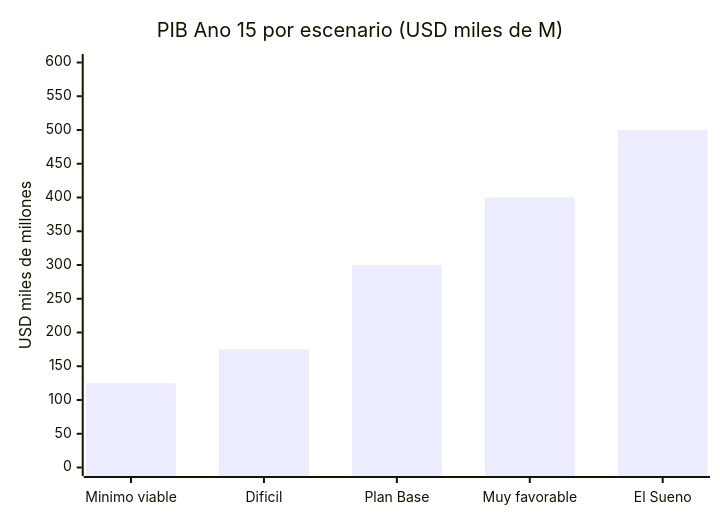
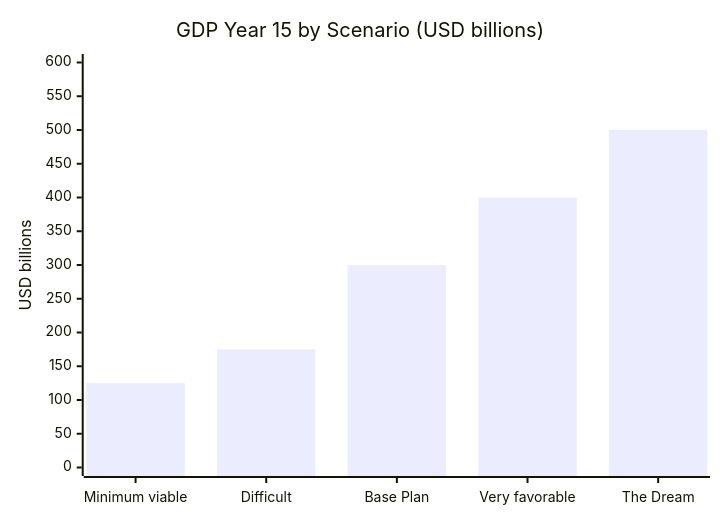
One commit to Venezuela-S-A/venezuela-sa changed the first of 10 diagrams in i18n/en/docusaurus-plugin-content-docs/current/07-ejecucion/el-sueno.md. Above: the diagram before and after it, drawn with Mermaid. The commit also changed other lines of this file and 127 other files, not shown here.

````diff
--- a/i18n/en/docusaurus-plugin-content-docs/current/07-ejecucion/el-sueno.md
+++ b/i18n/en/docusaurus-plugin-content-docs/current/07-ejecucion/el-sueno.md
@@ -72,7 +72,7 @@
 ```mermaid
 xychart-beta
-    title "PIB Ano 15 por escenario (USD miles de M)"
-    x-axis ["Minimo viable", "Dificil", "Plan Base", "Muy favorable", "El Sueno"]
-    y-axis "USD miles de millones" 0 --> 600
+    title "GDP Year 15 by Scenario (USD billions)"
+    x-axis ["Minimum viable", "Difficult", "Base Plan", "Very favorable", "The Dream"]
+    y-axis "USD billions" 0 --> 600
     bar [125, 175, 300, 400, 500]
 ```
````
